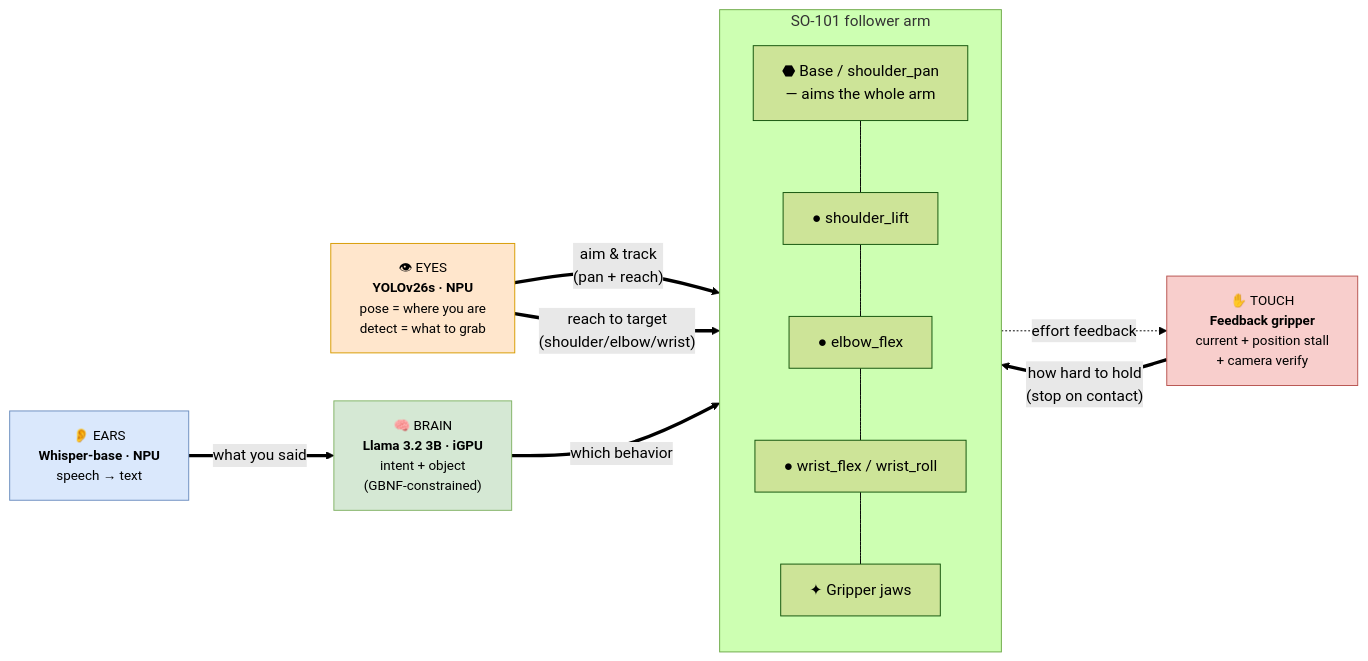
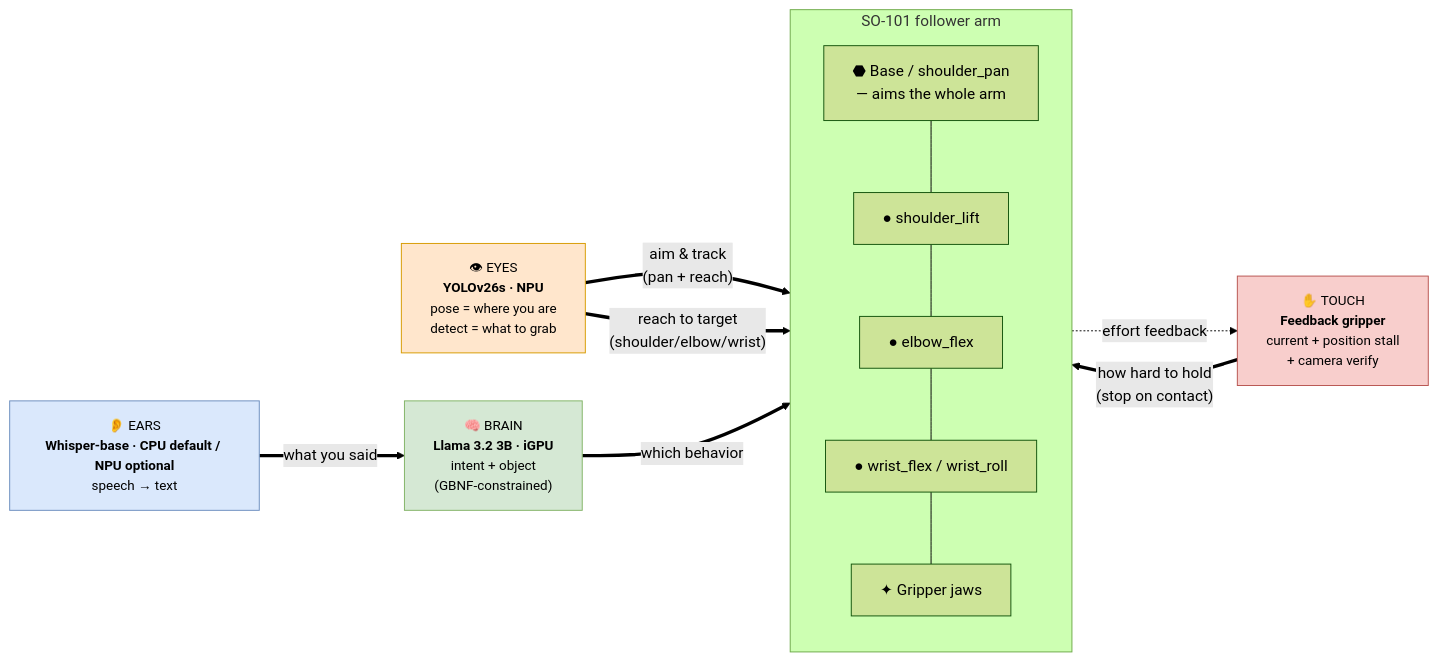
The second of 3 diagrams in workshops/vvla-pipeline/README.md (ThomasGmeinder/embedded-x86-ai), drawn with Mermaid (forest theme) before and after one commit. The commit also changed other lines of this file and 2 other files, not shown here.

````diff
--- a/workshops/vvla-pipeline/README.md
+++ b/workshops/vvla-pipeline/README.md
@@ -90,29 +90,29 @@
 ```mermaid
 flowchart LR
     subgraph BODY["SO-101 follower arm"]
         direction TB
         BASE["⬣ Base / shoulder_pan<br/>— aims the whole arm"]
         SHOULDER["● shoulder_lift"]
         ELBOW["● elbow_flex"]
         WRIST["● wrist_flex / wrist_roll"]
         JAW["✦ Gripper jaws"]
         BASE --- SHOULDER --- ELBOW --- WRIST --- JAW
     end
 
-    EARS["👂 EARS<br/><b>Whisper-base · NPU</b><br/>speech → text"]:::ear
+    EARS["👂 EARS<br/><b>Whisper-base · CPU default / NPU optional</b><br/>speech → text"]:::ear
     BRAIN["🧠 BRAIN<br/><b>Llama 3.2 3B · iGPU</b><br/>intent + object<br/>(GBNF-constrained)"]:::brain
     EYES["👁 EYES<br/><b>YOLOv26s · NPU</b><br/>pose = where you are<br/>detect = what to grab"]:::eye
     TOUCH["✋ TOUCH<br/><b>Feedback gripper</b><br/>current + position stall<br/>+ camera verify"]:::touch
 
     EARS ==>|"what you said"| BRAIN
     BRAIN ==>|"which behavior"| BODY
     EYES ==>|"aim &amp; track<br/>(pan + reach)"| BASE
     EYES ==>|"reach to target<br/>(shoulder/elbow/wrist)"| ELBOW
     TOUCH ==>|"how hard to hold<br/>(stop on contact)"| JAW
     JAW -.->|"effort feedback"| TOUCH
 
     classDef ear fill:#dae8fc,stroke:#6c8ebf,color:#000,font-size:14px;
     classDef brain fill:#d5e8d4,stroke:#82b366,color:#000,font-size:14px;
     classDef eye fill:#ffe6cc,stroke:#d79b00,color:#000,font-size:14px;
     classDef touch fill:#f8cecc,stroke:#b85450,color:#000,font-size:14px;
 ```
````
